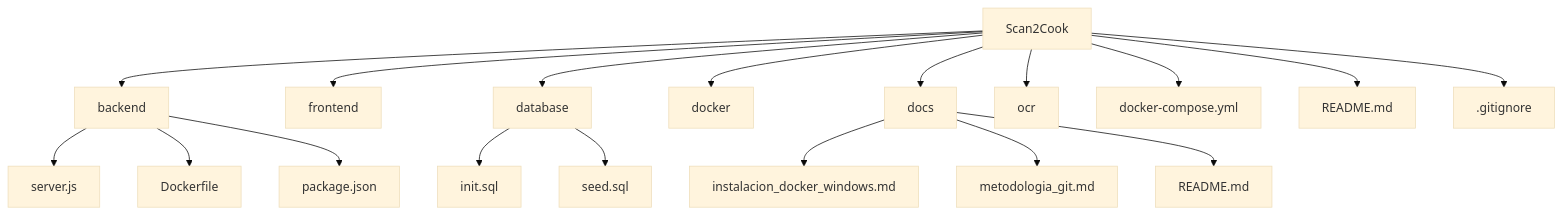
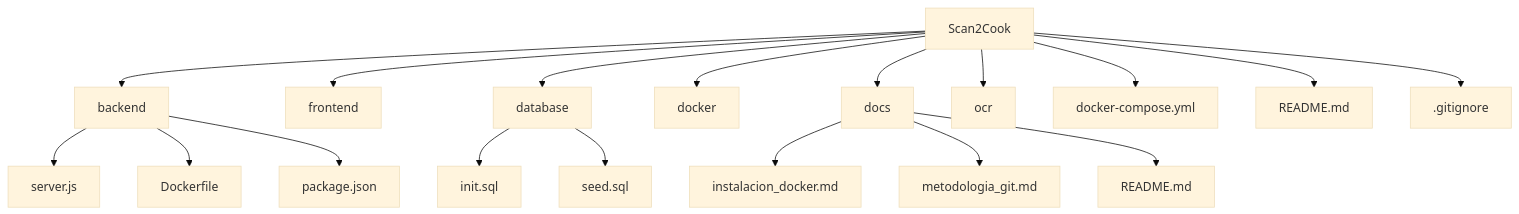
Before and after one commit to RogerCL24/pti-scan2cook: the diagram in README.md, drawn with Mermaid (base theme). The commit also changed other lines of this file and 3 other files, not shown here.

Commit message:
instalacion de docker en linux

````diff
--- a/README.md
+++ b/README.md
@@ -74,24 +74,24 @@
 ```mermaid
 graph TD
   A[Scan2Cook] --> B[backend]
   A --> C[frontend]
   A --> D[database]
   A --> E[docker]
   A --> F[docs]
   A --> G[ocr]
   
   B --> B1[server.js]
   B --> B2[Dockerfile]
   B --> B3[package.json]
   
   D --> D1[init.sql]
   D --> D2[seed.sql]
   
-  F --> F1[instalacion_docker_windows.md]
+  F --> F1[instalacion_docker.md]
   F --> F2[metodologia_git.md]
   F --> F3[README.md]
   
   A --> H[docker-compose.yml]
   A --> I[README.md]
   A --> J[.gitignore]
 ```
````
